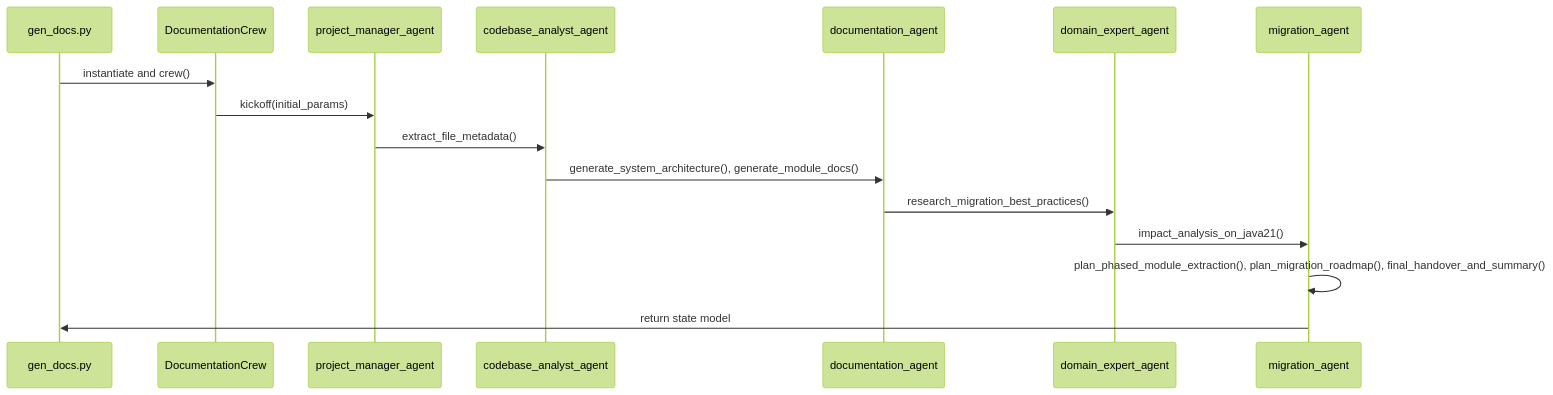
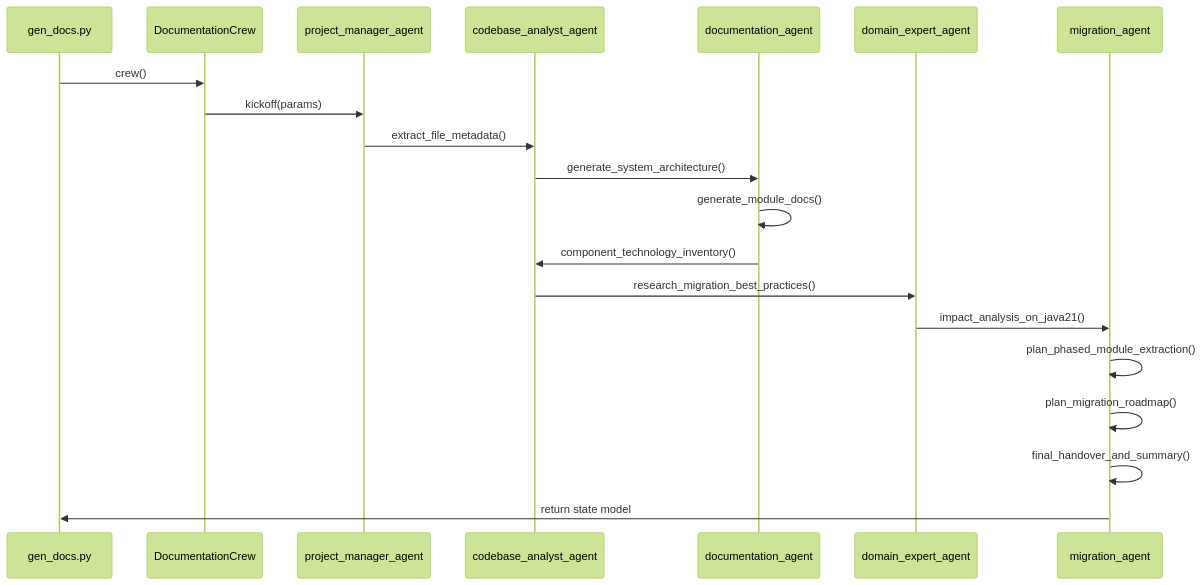
One commit to gsantopaolo/reforge-ai changed the third of 3 diagrams in docs/documentation_generation.md. Above: the diagram before and after it, drawn with Mermaid (forest theme). The commit also changed other lines of this file, not shown here.

````diff
--- a/docs/documentation_generation.md
+++ b/docs/documentation_generation.md
@@ -114,19 +95,23 @@
 ```mermaid
 sequenceDiagram
     participant CLI as gen_docs.py
     participant DC as DocumentationCrew
     participant PM as project_manager_agent
     participant CA as codebase_analyst_agent
     participant DA as documentation_agent
     participant DE as domain_expert_agent
     participant MA as migration_agent
 
-    CLI->>DC: instantiate and crew()
-    DC->>PM: kickoff(initial_params)
+    CLI->>DC: crew()
+    DC->>PM: kickoff(params)
     PM->>CA: extract_file_metadata()
-    CA->>DA: generate_system_architecture(), generate_module_docs()
-    DA->>DE: research_migration_best_practices()
+    CA->>DA: generate_system_architecture()
+    DA->>DA: generate_module_docs()
+    DA->>CA: component_technology_inventory()
+    CA->>DE: research_migration_best_practices()
     DE->>MA: impact_analysis_on_java21()
-    MA->>MA: plan_phased_module_extraction(), plan_migration_roadmap(), final_handover_and_summary()
+    MA->>MA: plan_phased_module_extraction()
+    MA->>MA: plan_migration_roadmap()
+    MA->>MA: final_handover_and_summary()
     MA->>CLI: return state model
 ```
````
